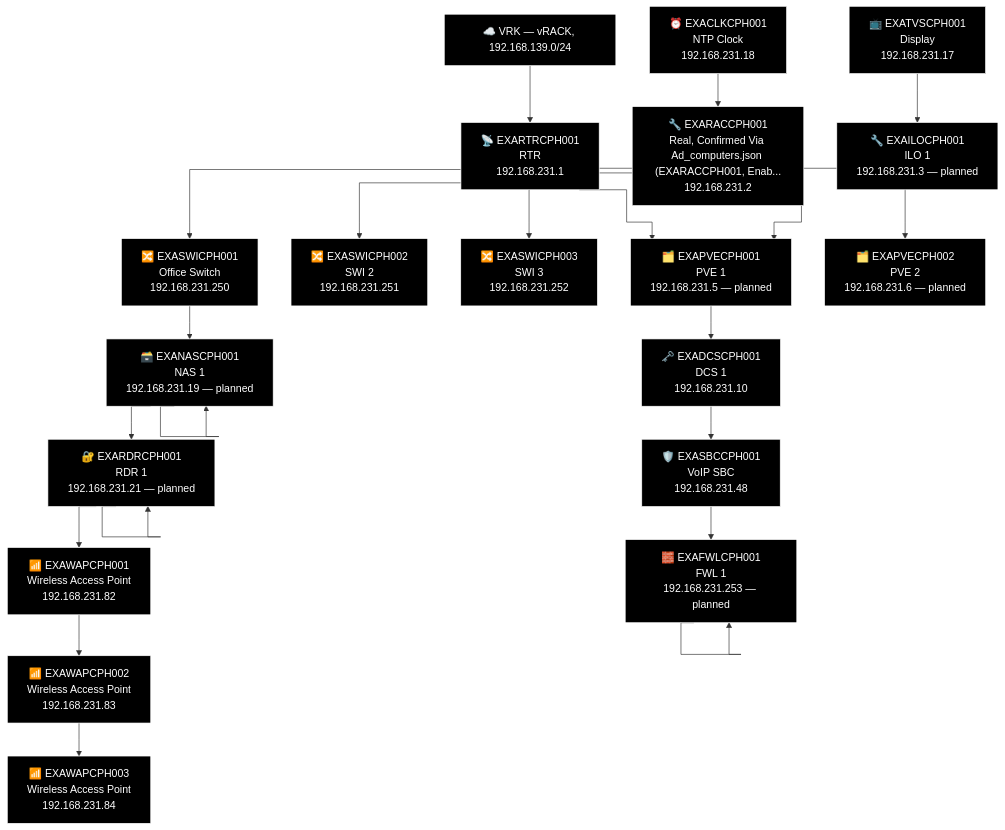
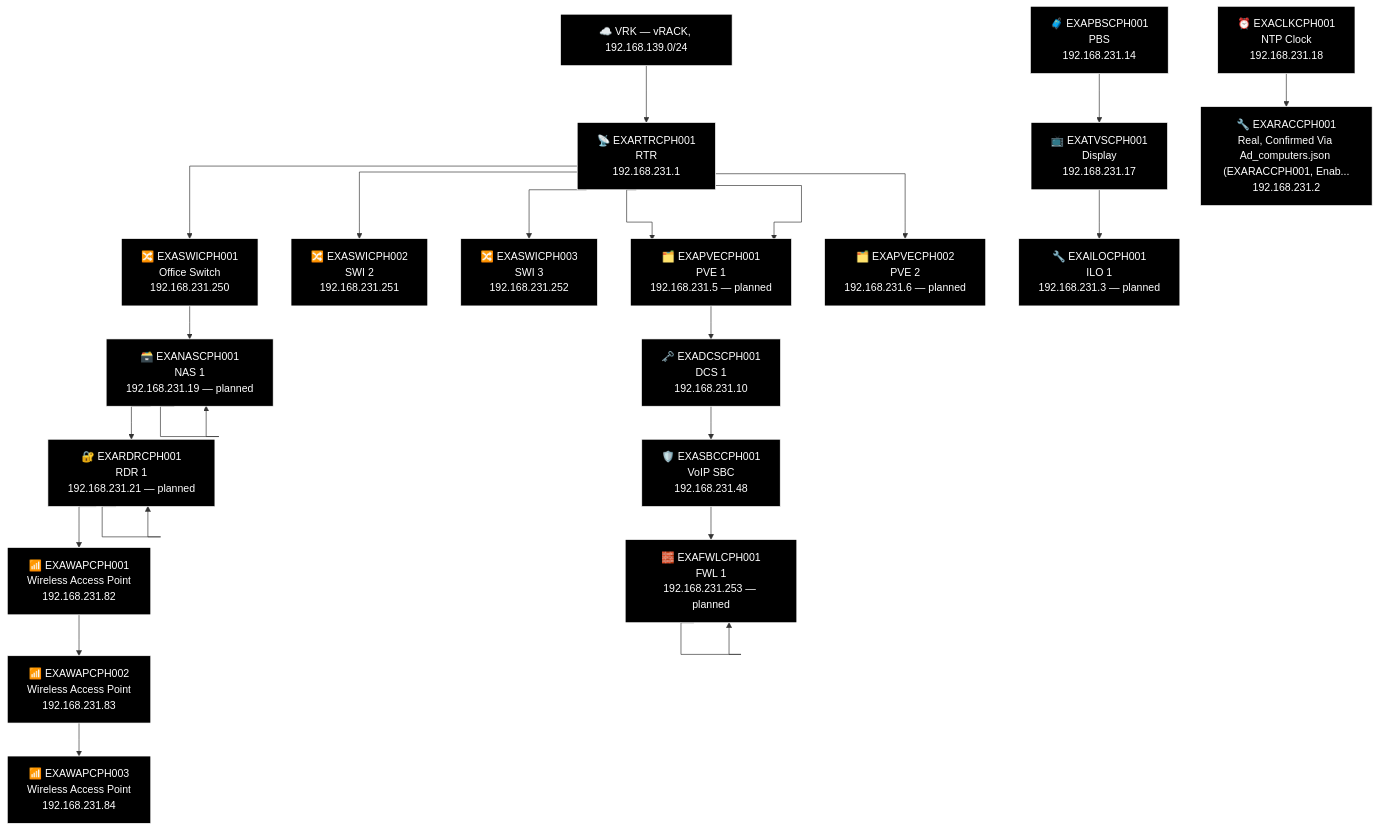
One commit to knightmare2600/example_music_infra changed the third of 23 diagrams in docs/network-diagram/danmark.md. Above: the diagram before and after it, drawn with Mermaid. The commit also changed other lines of this file and 14 other files, not shown here.

First line of the commit message:
docs/network-diagram: regenerate, every site was missing its PBS node

````diff
--- a/docs/network-diagram/danmark.md
+++ b/docs/network-diagram/danmark.md
@@ -96,63 +96,65 @@
 ```mermaid
 %% GENERATED:TOPOLOGY:CPH:START
 %%{init: {'flowchart': {'curve': 'stepAfter'}}}%%
 graph TD
     T_VRK["☁️ VRK — vRACK, 192.168.139.0/24"]
     T_RTR["📡 EXARTRCPH001<br/>RTR<br/>192.168.231.1"]
     T_VRK --> T_RTR
     T_PVE["🗂️ EXAPVECPH001<br/>PVE 1<br/>192.168.231.5"]
     T_RTR --> T_PVE
     T_SWI["🔀 EXASWICPH002<br/>SWI 2<br/>192.168.231.251"]
     T_RTR --> T_SWI
     T_SWI2["🔀 EXASWICPH003<br/>SWI 3<br/>192.168.231.252"]
     T_RTR --> T_SWI2
     T_SWI3["🔀 EXASWICPH001<br/>Office Switch<br/>192.168.231.250"]
     T_RTR --> T_SWI3
     T_PVE["🗂️ EXAPVECPH001<br/>PVE 1<br/>192.168.231.5 — planned"]
     T_RTR --> T_PVE
     T_PVE2["🗂️ EXAPVECPH002<br/>PVE 2<br/>192.168.231.6 — planned"]
     T_RTR --> T_PVE2
     T_NAS["🗃️ EXANASCPH001<br/>NAS<br/>192.168.231.19"]
     T_NAS["🗃️ EXANASCPH001<br/>NAS 1<br/>192.168.231.19 — planned"]
     T_RDR["🔐 EXARDRCPH001<br/>RDR<br/>192.168.231.21"]
     T_RDR["🔐 EXARDRCPH001<br/>RDR 1<br/>192.168.231.21 — planned"]
     T_WAP["📶 EXAWAPCPH001<br/>Wireless Access Point<br/>192.168.231.82"]
     T_WAP2["📶 EXAWAPCPH002<br/>Wireless Access Point<br/>192.168.231.83"]
     T_WAP3["📶 EXAWAPCPH003<br/>Wireless Access Point<br/>192.168.231.84"]
     T_SWI3 --> T_NAS --> T_NAS --> T_RDR --> T_RDR --> T_WAP --> T_WAP2 --> T_WAP3
     T_DCS["🗝️ EXADCSCPH001<br/>DCS 1<br/>192.168.231.10"]
     T_SBC["🛡️ EXASBCCPH001<br/>VoIP SBC<br/>192.168.231.48"]
     T_FWL["🧱 EXAFWLCPH001<br/>LAN Face<br/>192.168.231.253"]
     T_FWL["🧱 EXAFWLCPH001<br/>FWL 1<br/>192.168.231.253 — planned"]
     T_PVE --> T_DCS --> T_SBC --> T_FWL --> T_FWL
+    T_PBS["🧳 EXAPBSCPH001<br/>PBS<br/>192.168.231.14"]
     T_CLK["⏰ EXACLKCPH001<br/>NTP Clock<br/>192.168.231.18"]
     T_TVS["📺 EXATVSCPH001<br/>Display<br/>192.168.231.17"]
     T_RAC["🔧 EXARACCPH001<br/>Real, Confirmed Via Ad_computers.json (EXARACCPH001, Enab...<br/>192.168.231.2"]
     T_ILO["🔧 EXAILOCPH001<br/>ILO 1<br/>192.168.231.3 — planned"]
+    T_PBS --> T_TVS --> T_ILO
     T_CLK --> T_RAC
-    T_TVS --> T_ILO
     style T_VRK fill:#000000,stroke:#FFFFFF,color:#FFFFFF
     style T_RTR fill:#000000,stroke:#FFFFFF,color:#FFFFFF
     style T_PVE fill:#000000,stroke:#FFFFFF,color:#FFFFFF
     style T_SWI fill:#000000,stroke:#FFFFFF,color:#FFFFFF
     style T_SWI2 fill:#000000,stroke:#FFFFFF,color:#FFFFFF
     style T_SWI3 fill:#000000,stroke:#FFFFFF,color:#FFFFFF
     style T_PVE fill:#000000,stroke:#FFFFFF,color:#FFFFFF
     style T_PVE2 fill:#000000,stroke:#FFFFFF,color:#FFFFFF
     style T_NAS fill:#000000,stroke:#FFFFFF,color:#FFFFFF
     style T_NAS fill:#000000,stroke:#FFFFFF,color:#FFFFFF
     style T_RDR fill:#000000,stroke:#FFFFFF,color:#FFFFFF
     style T_RDR fill:#000000,stroke:#FFFFFF,color:#FFFFFF
     style T_WAP fill:#000000,stroke:#FFFFFF,color:#FFFFFF
     style T_WAP2 fill:#000000,stroke:#FFFFFF,color:#FFFFFF
     style T_WAP3 fill:#000000,stroke:#FFFFFF,color:#FFFFFF
     style T_DCS fill:#000000,stroke:#FFFFFF,color:#FFFFFF
     style T_SBC fill:#000000,stroke:#FFFFFF,color:#FFFFFF
     style T_FWL fill:#000000,stroke:#FFFFFF,color:#FFFFFF
     style T_FWL fill:#000000,stroke:#FFFFFF,color:#FFFFFF
+    style T_PBS fill:#000000,stroke:#FFFFFF,color:#FFFFFF
     style T_CLK fill:#000000,stroke:#FFFFFF,color:#FFFFFF
     style T_TVS fill:#000000,stroke:#FFFFFF,color:#FFFFFF
     style T_RAC fill:#000000,stroke:#FFFFFF,color:#FFFFFF
     style T_ILO fill:#000000,stroke:#FFFFFF,color:#FFFFFF
 %% GENERATED:TOPOLOGY:CPH:END
 ```
````
